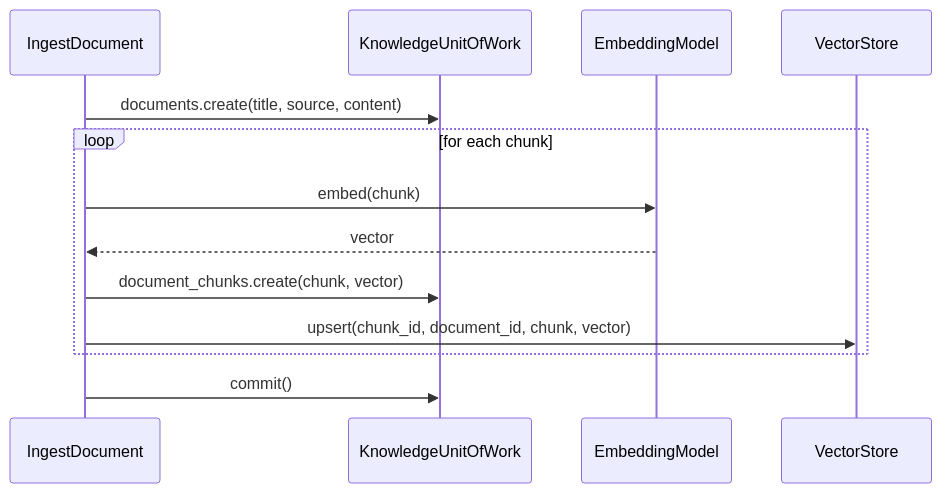
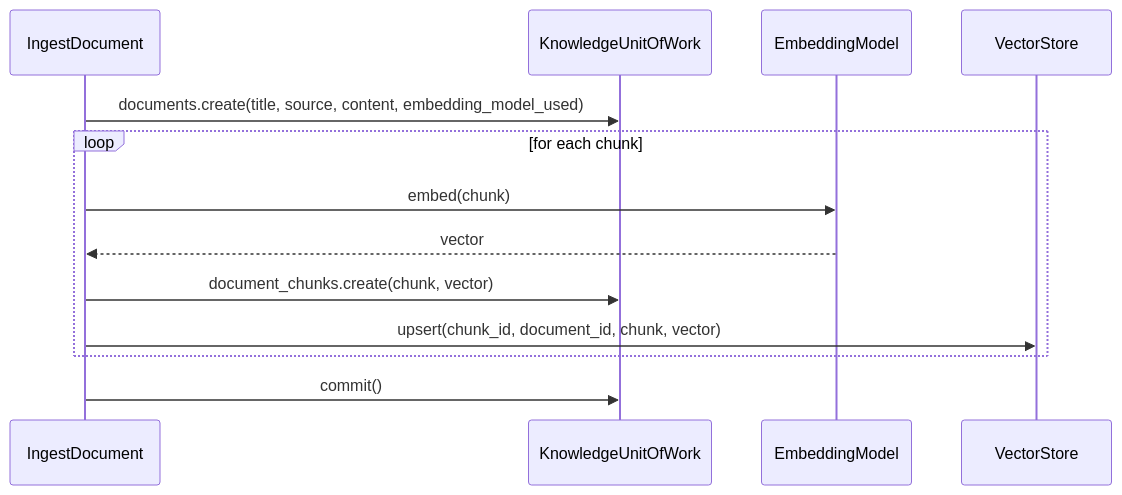
The second of 2 diagrams in app/application/support/README.md (camercadop/knowledge-support-ai-agent), drawn with Mermaid before and after one commit. The commit also changed other lines of this file and 22 other files, not shown here.

Commit message:
feat: add dev utility scripts and enhance document ingestion with embedding model tracking

````diff
--- a/app/application/support/README.md
+++ b/app/application/support/README.md
@@ -72,16 +72,16 @@
 ```mermaid
 sequenceDiagram
     participant UC as IngestDocument
     participant UoW as KnowledgeUnitOfWork
     participant Embed as EmbeddingModel
     participant VS as VectorStore
 
-    UC->>UoW: documents.create(title, source, content)
+    UC->>UoW: documents.create(title, source, content, embedding_model_used)
     loop for each chunk
         UC->>Embed: embed(chunk)
         Embed-->>UC: vector
         UC->>UoW: document_chunks.create(chunk, vector)
         UC->>VS: upsert(chunk_id, document_id, chunk, vector)
     end
     UC->>UoW: commit()
 ```
````
